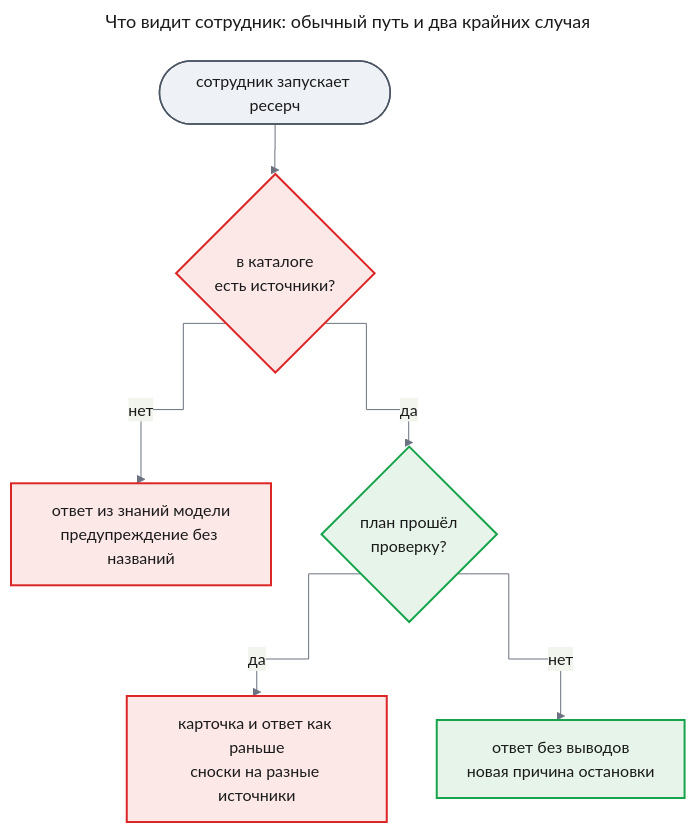
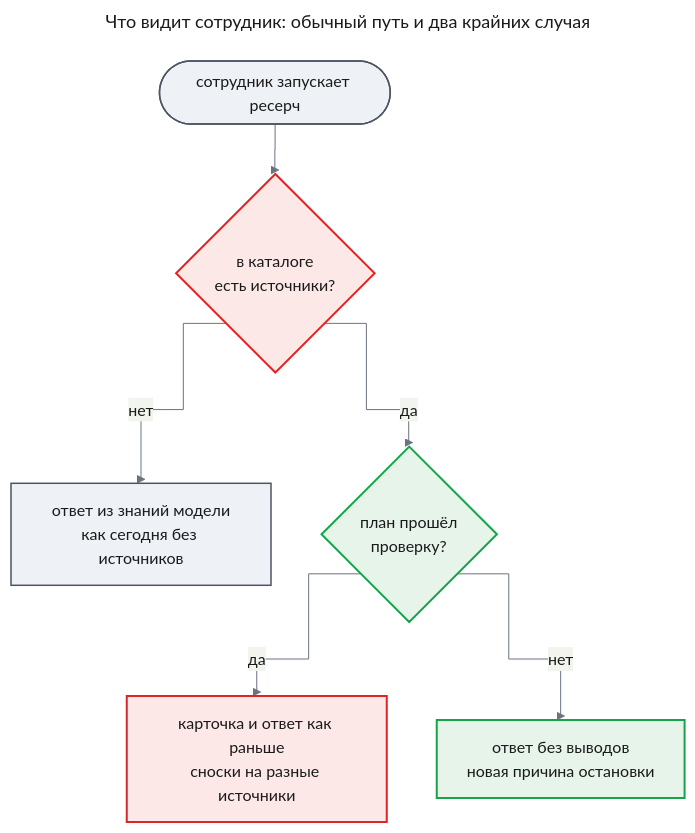
The seventh of 7 diagrams in docs/features/source-planning/prd.md (tundraray/agent-os), drawn with Mermaid before and after one commit. The commit also changed other lines of this file, not shown here.

````diff
--- a/docs/features/source-planning/prd.md
+++ b/docs/features/source-planning/prd.md
@@ -341,33 +368,33 @@
 ```mermaid
 ---
 title: "Что видит сотрудник: обычный путь и два крайних случая"
 config:
   theme: base
   look: classic
   themeVariables:
     primaryColor: "#eef1f5"
     primaryBorderColor: "#4b5563"
     primaryTextColor: "#1a1a1a"
     lineColor: "#6b7280"
   flowchart:
     curve: step
 ---
 flowchart TB
     run(["сотрудник запускает ресерч"])
     q1{"в каталоге<br/>есть источники?"}
-    mk["ответ из знаний модели<br/>предупреждение без названий"]
+    mk["ответ из знаний модели<br/>как сегодня без источников"]
     q2{"план прошёл<br/>проверку?"}
     norm["карточка и ответ как раньше<br/>сноски на разные источники"]
     stop["ответ без выводов<br/>новая причина остановки"]
     run --> q1
     q1 -->|"нет"| mk
     q1 -->|"да"| q2
     q2 -->|"да"| norm
     q2 -->|"нет"| stop
     classDef new fill:#e6f4ea,stroke:#16a34a,stroke-width:2px,color:#1a1a1a
     classDef changed fill:#fde8e8,stroke:#dc2626,stroke-width:2px,color:#1a1a1a
     classDef unchanged fill:#eef1f5,stroke:#4b5563,stroke-width:1.5px,color:#1a1a1a
-    class q1,mk,norm changed
+    class q1,norm changed
     class q2,stop new
-    class run unchanged
+    class run,mk unchanged
 ```
````
